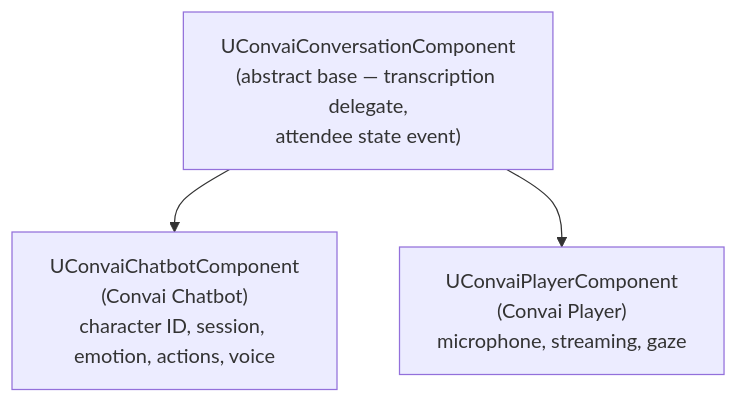
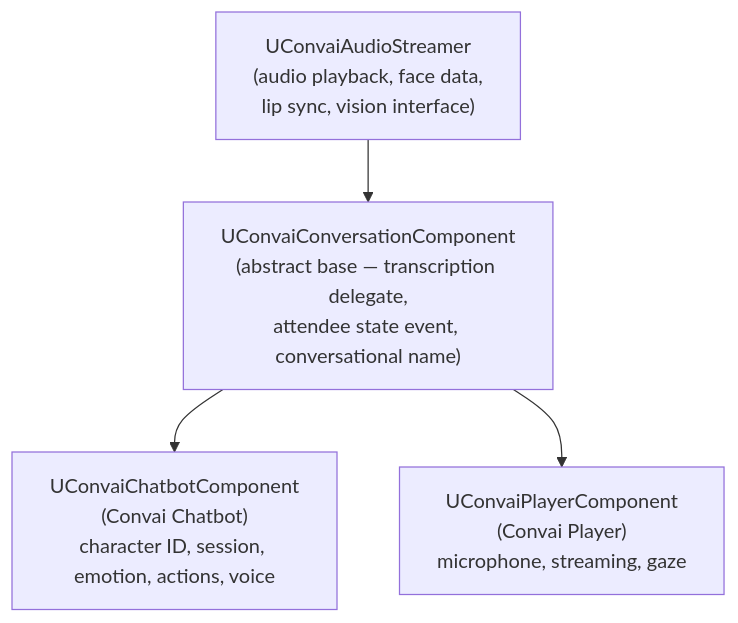
One commit to Conv-AI/Convai-Documentation changed the diagram in plugins-and-integrations/convai-unreal-engine-plugin/core-concepts/runtime-architecture.md. Above: the diagram before and after it, drawn with Mermaid. The commit also changed other lines of this file and 4 other files, not shown here.

````diff
--- a/plugins-and-integrations/convai-unreal-engine-plugin/core-concepts/runtime-architecture.md
+++ b/plugins-and-integrations/convai-unreal-engine-plugin/core-concepts/runtime-architecture.md
@@ -13,8 +16,10 @@
 ```mermaid
 graph TD
-    Base["UConvaiConversationComponent\n(abstract base — transcription delegate,\nattendee state event)"]
+    Streamer["UConvaiAudioStreamer\n(audio playback, face data,\nlip sync, vision interface)"]
+    Base["UConvaiConversationComponent\n(abstract base — transcription delegate,\nattendee state event, conversational name)"]
     Chatbot["UConvaiChatbotComponent\n(Convai Chatbot)\ncharacter ID, session, emotion, actions, voice"]
     Player["UConvaiPlayerComponent\n(Convai Player)\nmicrophone, streaming, gaze"]
+    Streamer --> Base
     Base --> Chatbot
     Base --> Player
 ```
````
